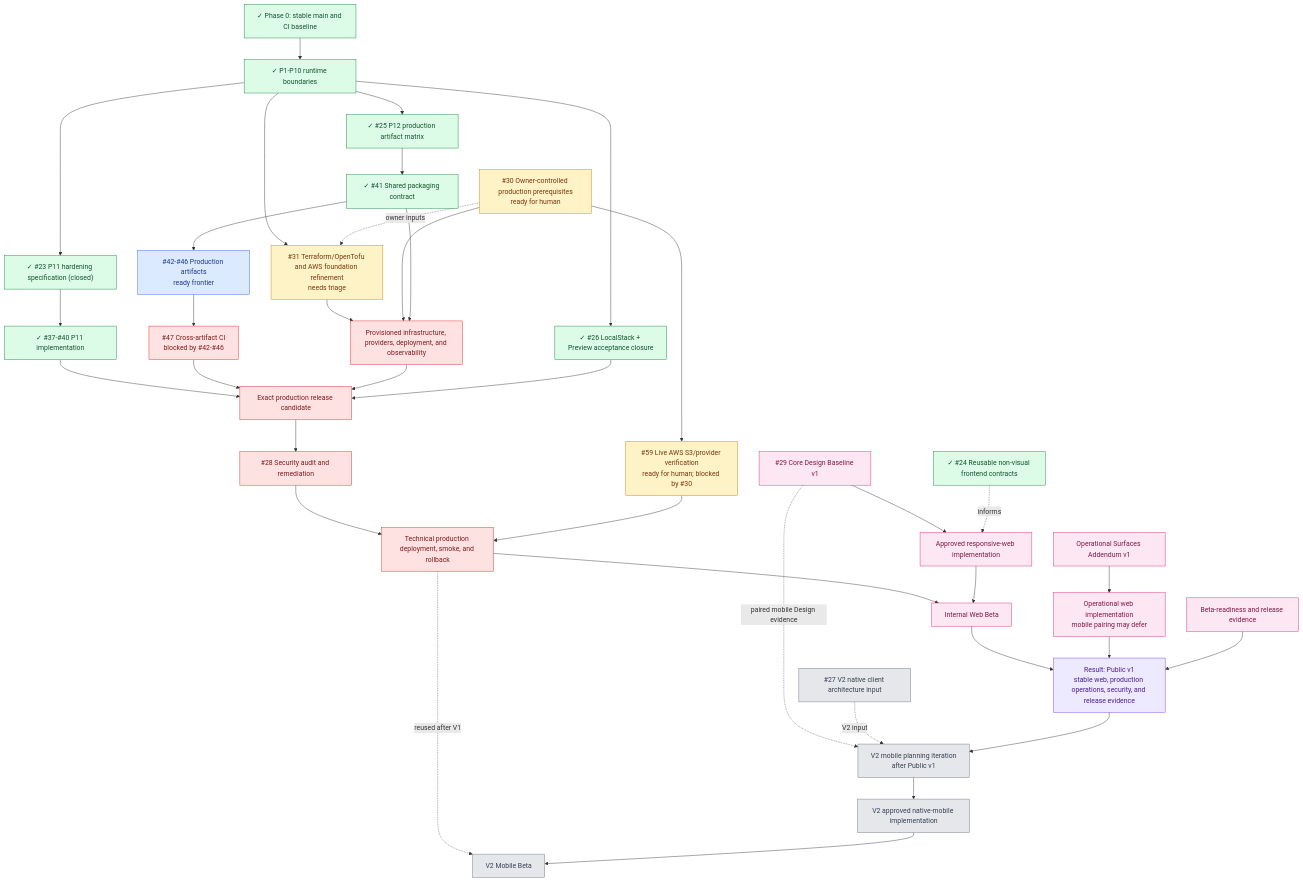
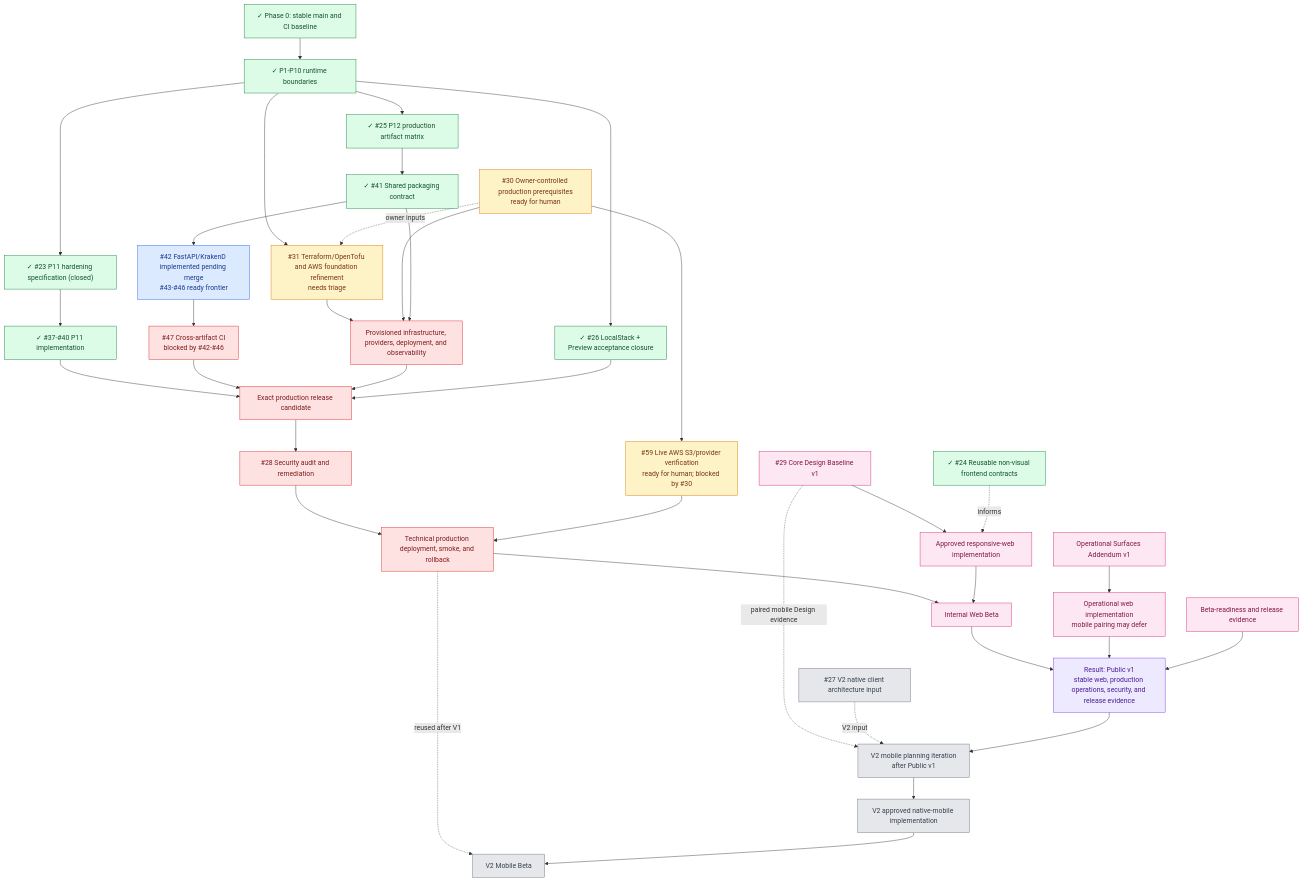
One commit to starkovalera/recipe-manager changed the third of 3 diagrams in docs/roadmap.md. Above: the diagram before and after it, drawn with Mermaid. The commit also changed other lines of this file and 14 other files, not shown here.

Commit message:
feat(infra): add API and KrakenD production artifacts (#42)

```diff
--- a/docs/roadmap.md
+++ b/docs/roadmap.md
@@ -174,7 +174,7 @@
   p11Implementation["✓ #37-#40 P11 implementation"]
   p12Spec["✓ #25 P12 production artifact matrix"]
   p12Shared["✓ #41 Shared packaging contract"]
-  p12Artifacts["#42-#46 Production artifacts<br/>ready frontier"]
+  p12Artifacts["#42 FastAPI/KrakenD implemented pending merge<br/>#43-#46 ready frontier"]
   p12Ci["#47 Cross-artifact CI<br/>blocked by #42-#46"]
   localstack["✓ #26 LocalStack + Preview acceptance closure"]
   liveAws["#59 Live AWS S3/provider verification<br/>ready for human; blocked by #30"]
```
